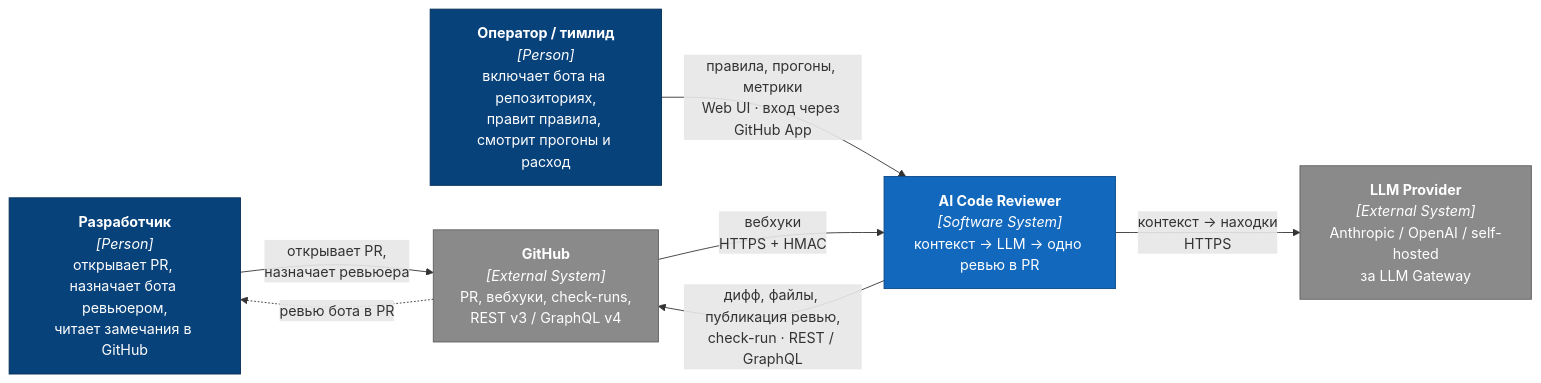
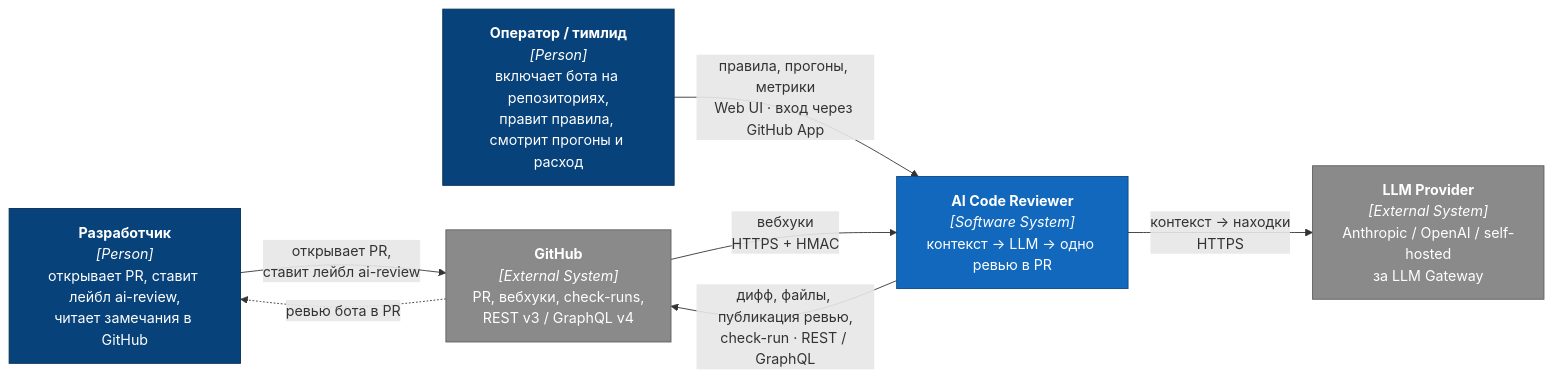
One commit to larchanka-training/dmc-268-api-t6 changed the first of 13 diagrams in docs/SYSTEM_DESIGN.md. Above: the diagram before and after it, drawn with Mermaid. The commit also changed other lines of this file and 1 other file, not shown here.

````diff
--- a/docs/SYSTEM_DESIGN.md
+++ b/docs/SYSTEM_DESIGN.md
@@ -52,22 +52,22 @@
 ```mermaid
 flowchart LR
-  dev["<b>Разработчик</b><br/><i>[Person]</i><br/>открывает PR, назначает бота ревьюером,<br/>читает замечания в GitHub"]
+  dev["<b>Разработчик</b><br/><i>[Person]</i><br/>открывает PR, ставит лейбл ai-review,<br/>читает замечания в GitHub"]
   op["<b>Оператор / тимлид</b><br/><i>[Person]</i><br/>включает бота на репозиториях,<br/>правит правила, смотрит прогоны и расход"]
   sys["<b>AI Code Reviewer</b><br/><i>[Software System]</i><br/>контекст → LLM → одно ревью в PR"]
   gh["<b>GitHub</b><br/><i>[External System]</i><br/>PR, вебхуки, check-runs,<br/>REST v3 / GraphQL v4"]
   llm["<b>LLM Provider</b><br/><i>[External System]</i><br/>Anthropic / OpenAI / self-hosted<br/>за LLM Gateway"]
 
-  dev -->|"открывает PR,<br/>назначает ревьюера"| gh
+  dev -->|"открывает PR,<br/>ставит лейбл ai-review"| gh
   gh -->|"вебхуки<br/>HTTPS + HMAC"| sys
   sys -->|"дифф, файлы, публикация ревью,<br/>check-run · REST / GraphQL"| gh
   sys -->|"контекст → находки<br/>HTTPS"| llm
   op -->|"правила, прогоны, метрики<br/>Web UI · вход через GitHub App"| sys
   gh -.->|"ревью бота в PR"| dev
 
   classDef person fill:#08427b,color:#fff,stroke:#052e56
   classDef system fill:#1168bd,color:#fff,stroke:#0b4884
   classDef ext fill:#8a8a8a,color:#fff,stroke:#5f5f5f
   class dev,op person
   class sys system
   class gh,llm ext
 ```
````
